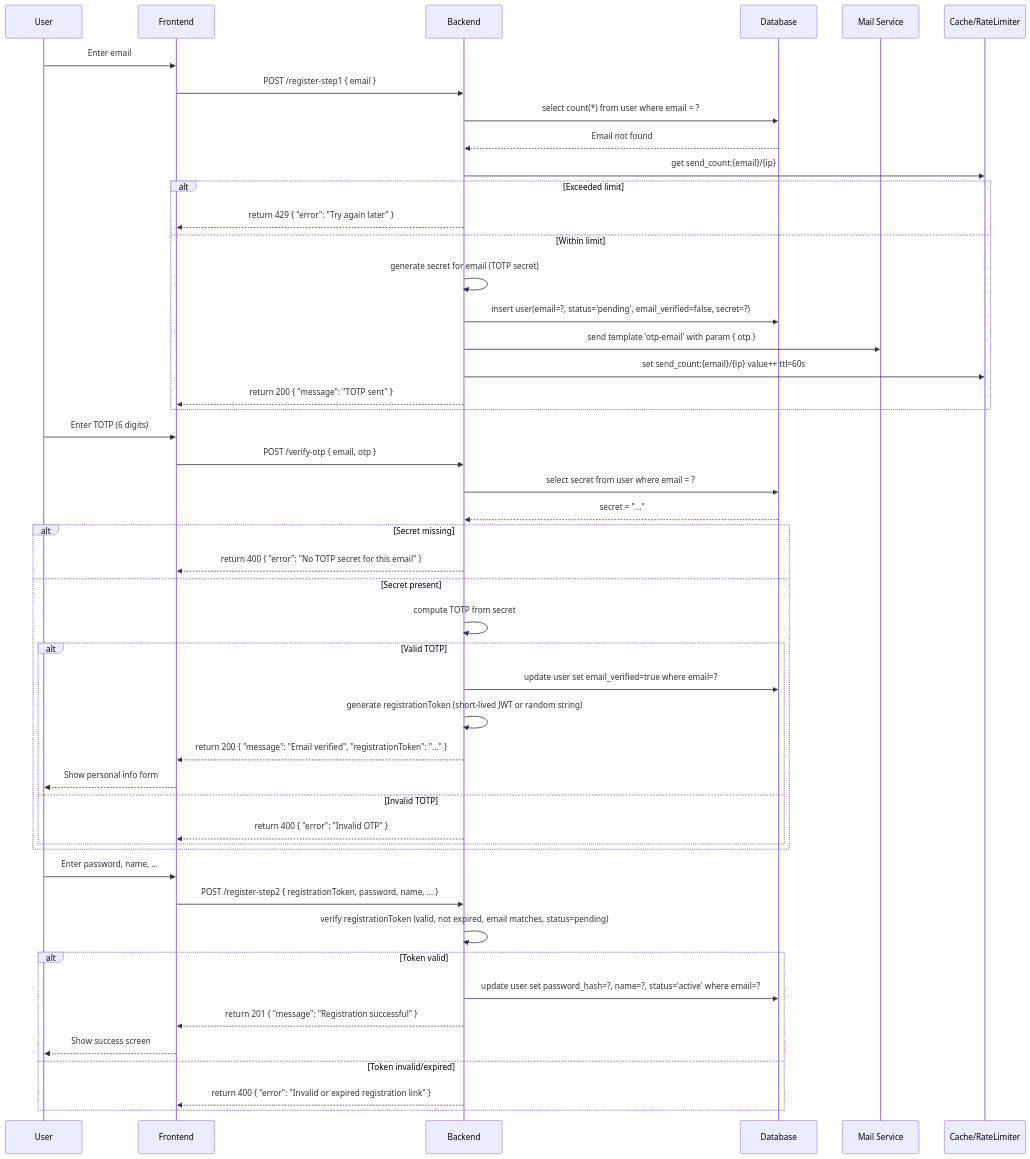
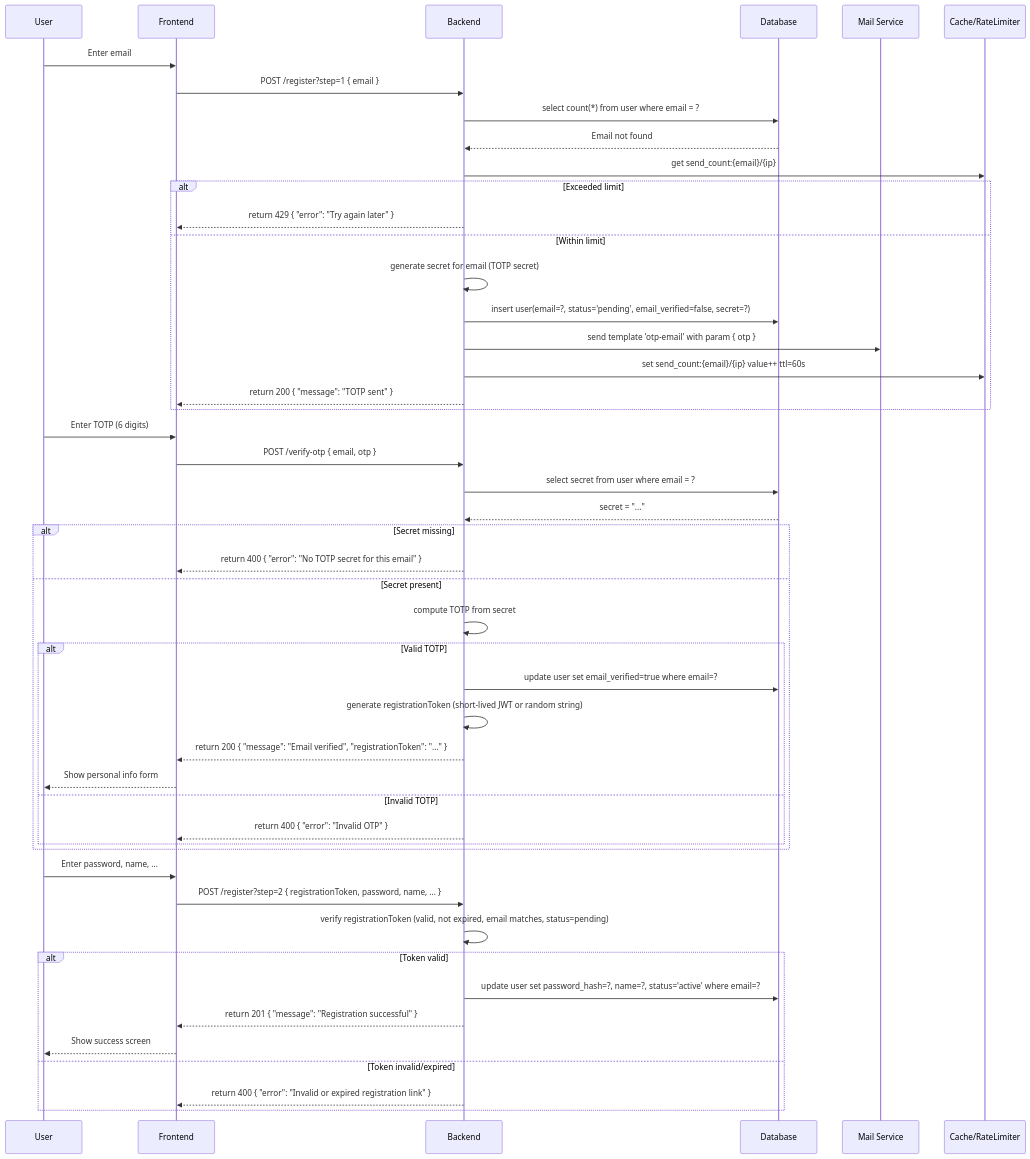
The diagram in register.md (ninggiangboy/flow), drawn with Mermaid before and after one commit.

Commit message:
Update registration API endpoint paths

````diff
--- a/register.md
+++ b/register.md
@@ -1,54 +1,54 @@
 ```mermaid
 sequenceDiagram
     participant U as User
     participant FE as Frontend
     participant BE as Backend
     participant DB as Database
     participant MS as Mail Service
     participant Cache as Cache/RateLimiter
 
     U->>FE: Enter email
-    FE->>BE: POST /register-step1 { email }
+    FE->>BE: POST /register?step=1 { email }
     BE->>DB: select count(*) from user where email = ?
     DB-->>BE: Email not found
 
     BE->>Cache: get send_count:{email}/{ip}
     alt Exceeded limit
         BE-->>FE: return 429 { "error": "Try again later" }
     else Within limit
         BE->>BE: generate secret for email (TOTP secret)
         BE->>DB: insert user(email=?, status='pending', email_verified=false, secret=?)
         BE->>MS: send template 'otp-email' with param { otp }
         BE->>Cache: set send_count:{email}/{ip} value++ ttl=60s
         BE-->>FE: return 200 { "message": "TOTP sent" }
     end
 
     U->>FE: Enter TOTP (6 digits)
     FE->>BE: POST /verify-otp { email, otp }
     BE->>DB: select secret from user where email = ?
     DB-->>BE: secret = "..."
     alt Secret missing
         BE-->>FE: return 400 { "error": "No TOTP secret for this email" }
     else Secret present
         BE->>BE: compute TOTP from secret
         alt Valid TOTP
             BE->>DB: update user set email_verified=true where email=?
             BE->>BE: generate registrationToken (short-lived JWT or random string)
             BE-->>FE: return 200 { "message": "Email verified", "registrationToken": "..." }
             FE-->>U: Show personal info form
         else Invalid TOTP
             BE-->>FE: return 400 { "error": "Invalid OTP" }
         end
     end
     
     U->>FE: Enter password, name, ...
-    FE->>BE: POST /register-step2 { registrationToken, password, name, ... }
+    FE->>BE: POST /register?step=2 { registrationToken, password, name, ... }
     BE->>BE: verify registrationToken (valid, not expired, email matches, status=pending)
     alt Token valid
         BE->>DB: update user set password_hash=?, name=?, status='active' where email=?
         BE-->>FE: return 201 { "message": "Registration successful" }
         FE-->>U: Show success screen
     else Token invalid/expired
         BE-->>FE: return 400 { "error": "Invalid or expired registration link" }
     end
 ```
````
